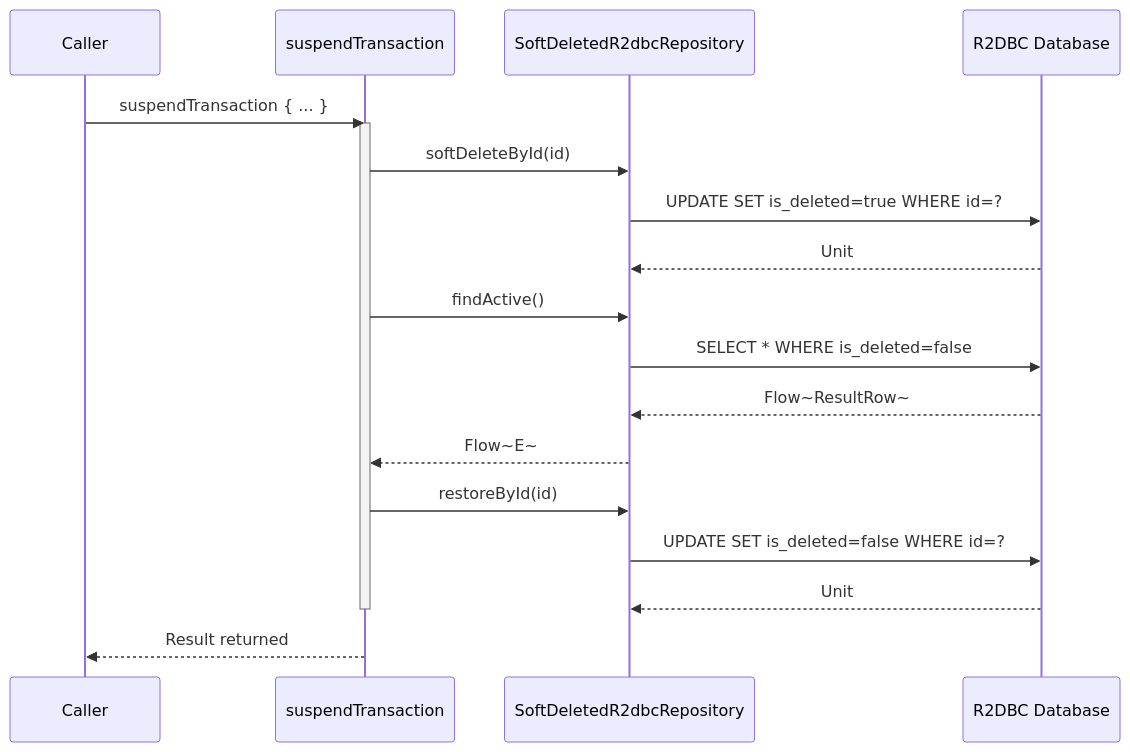
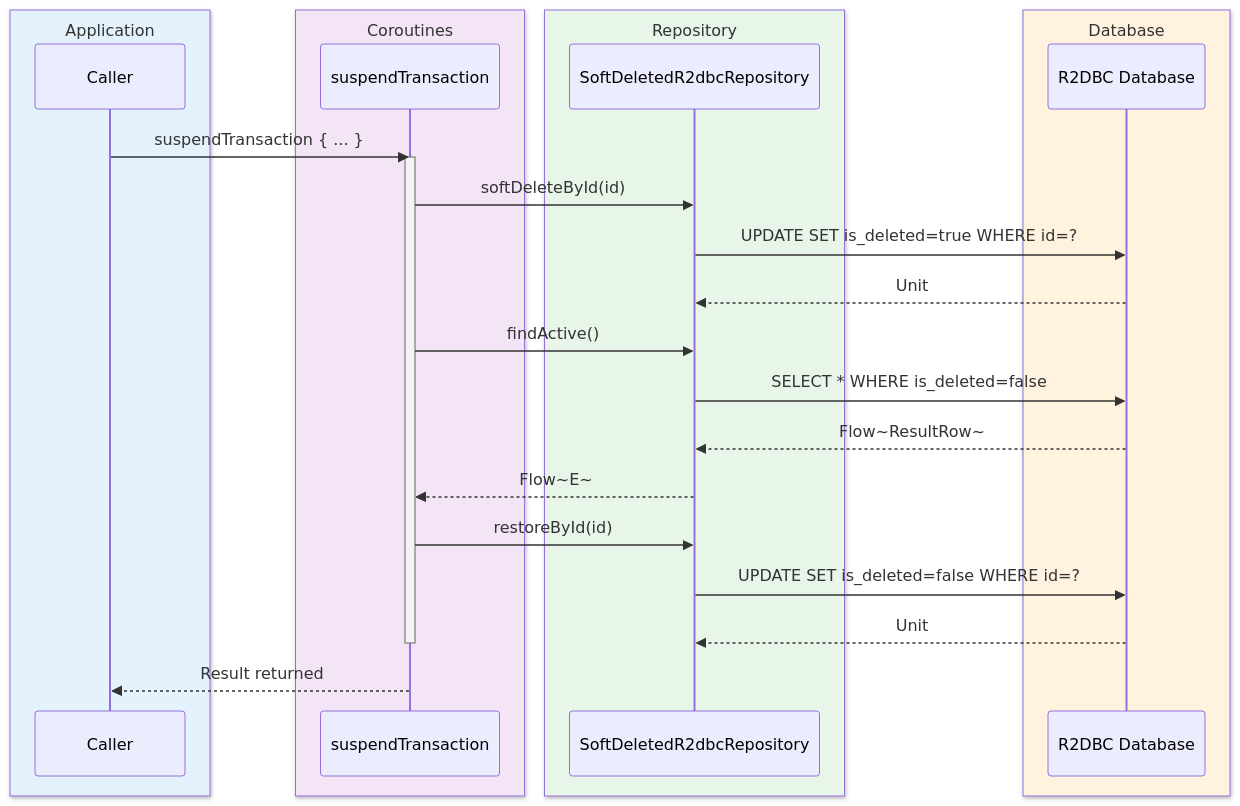
The fourth of 4 diagrams in data/exposed-r2dbc/README.md (bluetape4k/bluetape4k-projects), drawn with Mermaid before and after one commit. The commit also changed other lines of this file and 221 other files, not shown here.

First line of the commit message:
docs: 전체 모듈 README UML 다이어그램 보강 및 색상 업그레이드

````diff
--- a/data/exposed-r2dbc/README.md
+++ b/data/exposed-r2dbc/README.md
@@ -312,26 +329,34 @@
 ```mermaid
 sequenceDiagram
-    participant C as Caller
-    participant T as suspendTransaction
-    participant R as SoftDeletedR2dbcRepository
-    participant DB as R2DBC Database
+    box rgb(227, 242, 253) Application
+        participant C as Caller
+    end
+    box rgb(243, 229, 245) Coroutines
+        participant T as suspendTransaction
+    end
+    box rgb(232, 245, 233) Repository
+        participant R as SoftDeletedR2dbcRepository
+    end
+    box rgb(255, 243, 224) Database
+        participant DB as R2DBC Database
+    end
 
     C->>T: suspendTransaction { ... }
     activate T
 
     T->>R: softDeleteById(id)
     R->>DB: UPDATE SET is_deleted=true WHERE id=?
     DB-->>R: Unit
 
     T->>R: findActive()
     R->>DB: SELECT * WHERE is_deleted=false
     DB-->>R: Flow~ResultRow~
     R-->>T: Flow~E~
 
     T->>R: restoreById(id)
     R->>DB: UPDATE SET is_deleted=false WHERE id=?
     DB-->>R: Unit
 
     deactivate T
     T-->>C: Result returned
 ```
````
